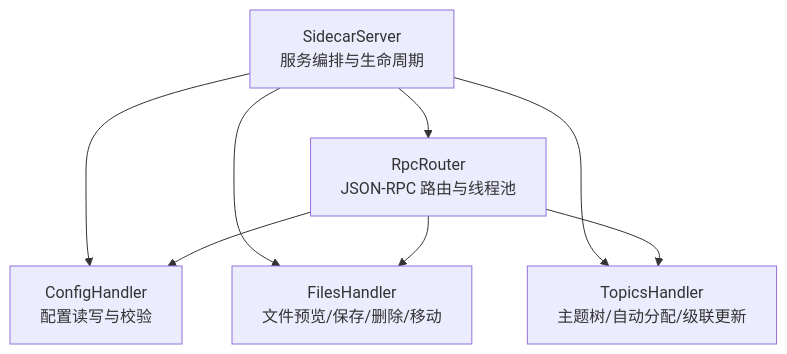
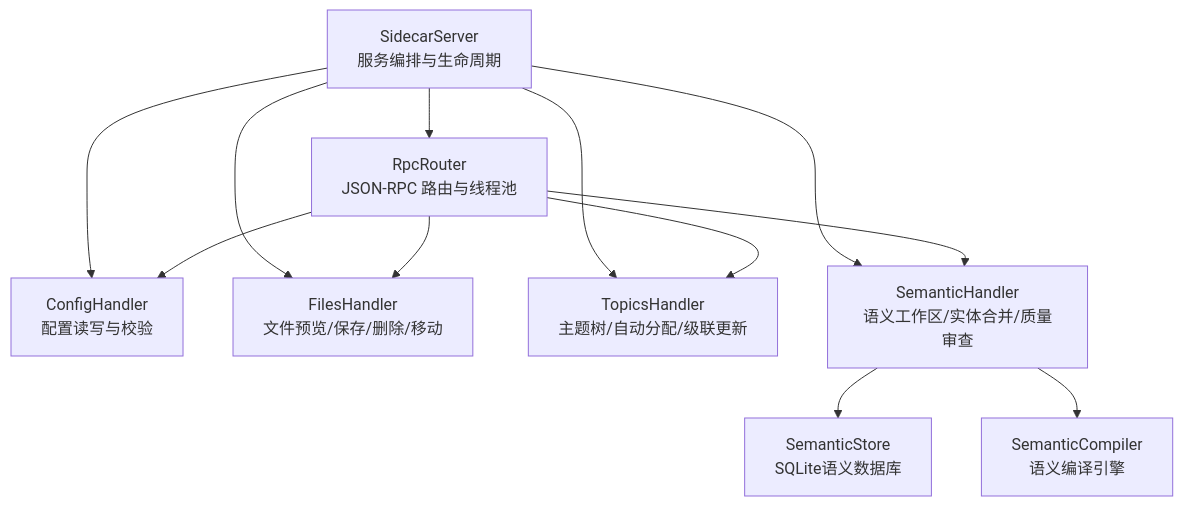
The first of 16 diagrams in .qoder/repowiki/zh/content/架构设计/Python Sidecar 服务/处理器系统架构/处理器系统架构.md (Miles128/NoteAI), drawn with Mermaid before and after one commit. The commit also changed other lines of this file and 169 other files, not shown here.

````diff
--- a/.qoder/repowiki/zh/content/架构设计/Python Sidecar 服务/处理器系统架构/处理器系统架构.md
+++ b/.qoder/repowiki/zh/content/架构设计/Python Sidecar 服务/处理器系统架构/处理器系统架构.md
@@ -36,10 +49,14 @@
 ```mermaid
 graph TB
 A["SidecarServer<br/>服务编排与生命周期"] --> B["RpcRouter<br/>JSON-RPC 路由与线程池"]
 A --> C["ConfigHandler<br/>配置读写与校验"]
 A --> D["FilesHandler<br/>文件预览/保存/删除/移动"]
 A --> E["TopicsHandler<br/>主题树/自动分配/级联更新"]
+A --> F["SemanticHandler<br/>语义工作区/实体合并/质量审查"]
 B --> C
 B --> D
 B --> E
+B --> F
+F --> G["SemanticStore<br/>SQLite语义数据库"]
+F --> H["SemanticCompiler<br/>语义编译引擎"]
 ```
````
